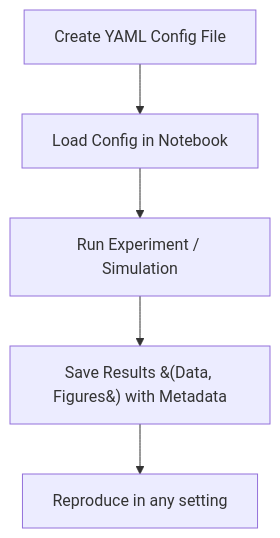
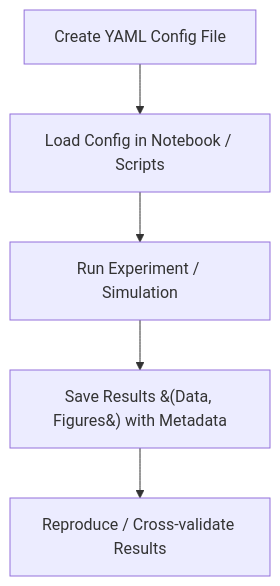
One commit to AnEvilBurrito/reproducible-scientific-notebook-template changed the diagram in README.md. Above: the diagram before and after it, drawn with Mermaid.

Commit message:
minor update to mermaid diagram in readme.md

````diff
--- a/README.md
+++ b/README.md
@@ -11,7 +11,7 @@
 ```mermaid
 flowchart TD
-    A[Create YAML Config File] --> B[Load Config in Notebook]
+    A[Create YAML Config File] --> B[Load Config in Notebook / Scripts]
     B --> C[Run Experiment / Simulation]
     C --> D[Save Results &#40;Data, Figures&#41; with Metadata]
-    D --> E[Reproduce in any setting]
+    D --> E[Reproduce / Cross-validate Results]
 ```
````
